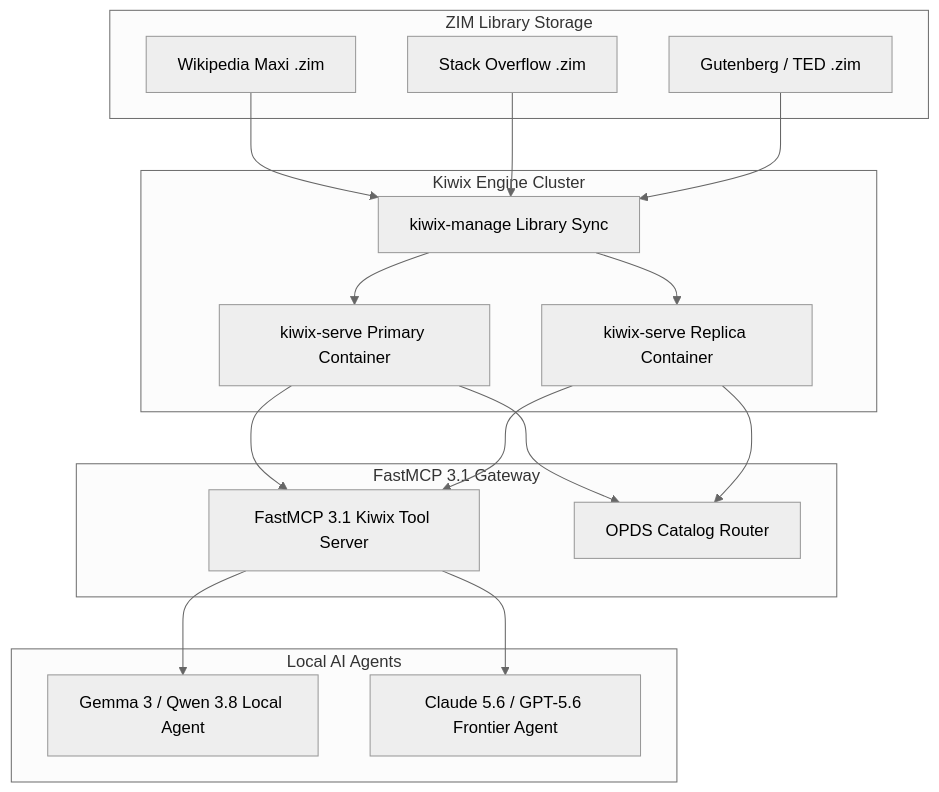
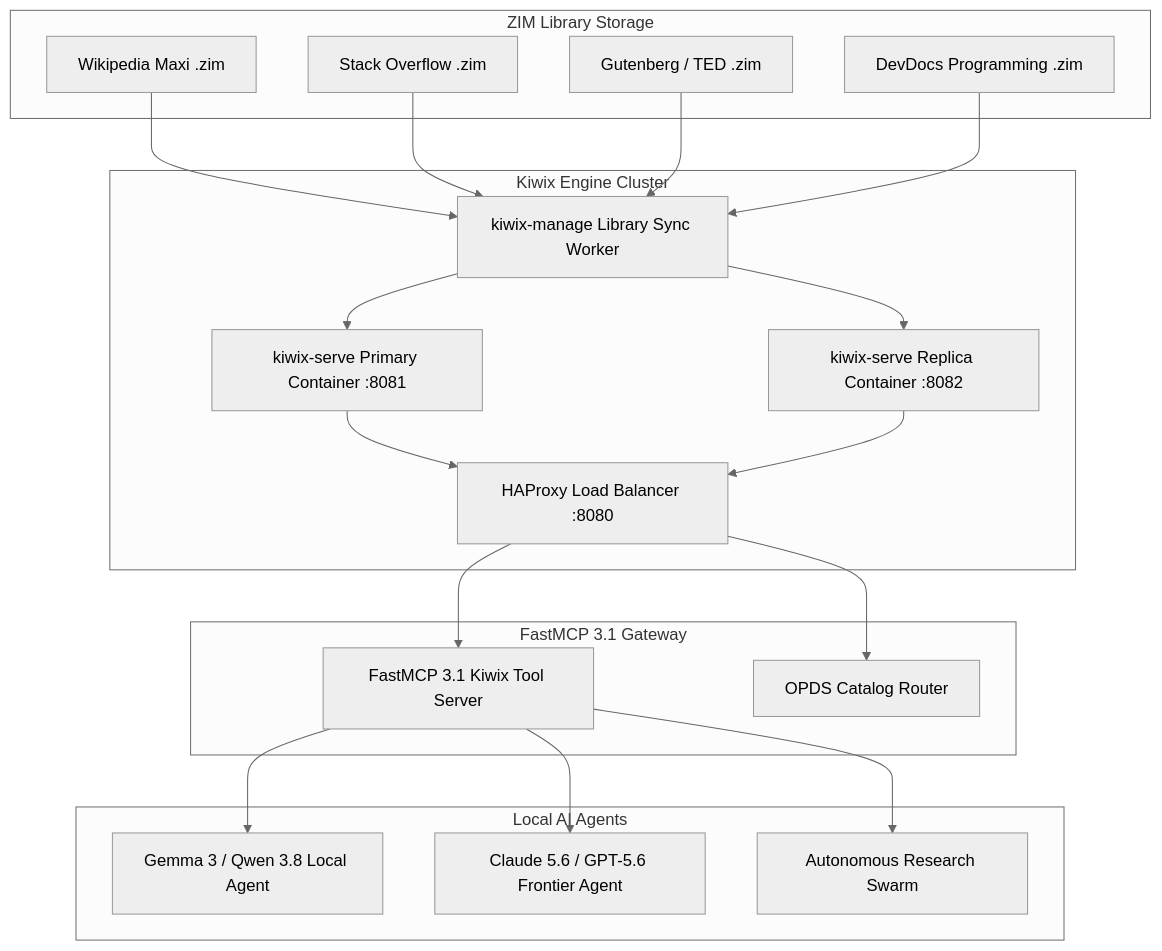
Before and after one commit to joanmarcriera/Home-office-automations: the first of 2 diagrams in docs/services/kiwix.md, drawn with Mermaid (neutral theme). The commit also changed other lines of this file and 5 other files, not shown here.

````diff
--- a/docs/services/kiwix.md
+++ b/docs/services/kiwix.md
@@ -13,30 +13,34 @@
 ```mermaid
 flowchart TD
     subgraph Storage ["ZIM Library Storage"]
         ZIM1[Wikipedia Maxi .zim]
         ZIM2[Stack Overflow .zim]
         ZIM3[Gutenberg / TED .zim]
+        ZIM4[DevDocs Programming .zim]
     end
 
     subgraph Service ["Kiwix Engine Cluster"]
-        KServe1[kiwix-serve Primary Container]
-        KServe2[kiwix-serve Replica Container]
-        KManage[kiwix-manage Library Sync]
+        KServe1[kiwix-serve Primary Container :8081]
+        KServe2[kiwix-serve Replica Container :8082]
+        HAProxy[HAProxy Load Balancer :8080]
+        KManage[kiwix-manage Library Sync Worker]
     end
 
     subgraph Interface ["FastMCP 3.1 Gateway"]
         MCPTool[FastMCP 3.1 Kiwix Tool Server]
         OPDS[OPDS Catalog Router]
     end
 
     subgraph Agents ["Local AI Agents"]
         Agent1[Gemma 3 / Qwen 3.8 Local Agent]
         Agent2[Claude 5.6 / GPT-5.6 Frontier Agent]
+        Agent3[Autonomous Research Swarm]
     end
 
-    ZIM1 & ZIM2 & ZIM3 --> KManage
+    ZIM1 & ZIM2 & ZIM3 & ZIM4 --> KManage
     KManage --> KServe1 & KServe2
-    KServe1 & KServe2 --> OPDS
-    KServe1 & KServe2 --> MCPTool
-    MCPTool --> Agent1 & Agent2
+    KServe1 & KServe2 --> HAProxy
+    HAProxy --> OPDS
+    HAProxy --> MCPTool
+    MCPTool --> Agent1 & Agent2 & Agent3
 ```
````
